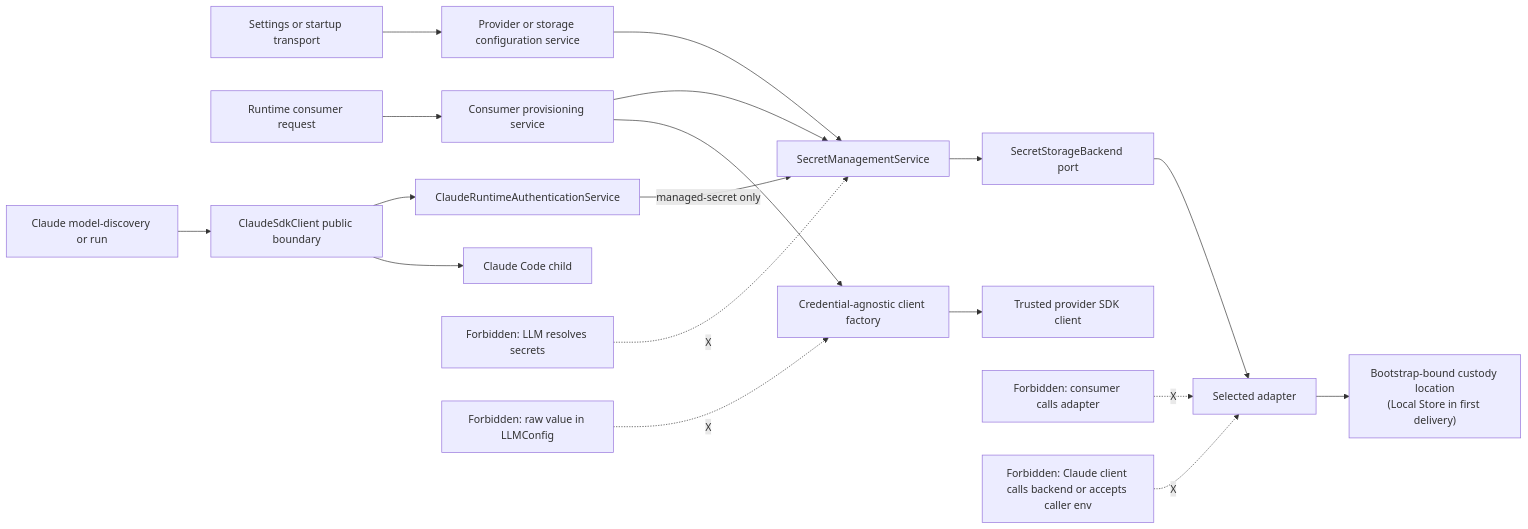
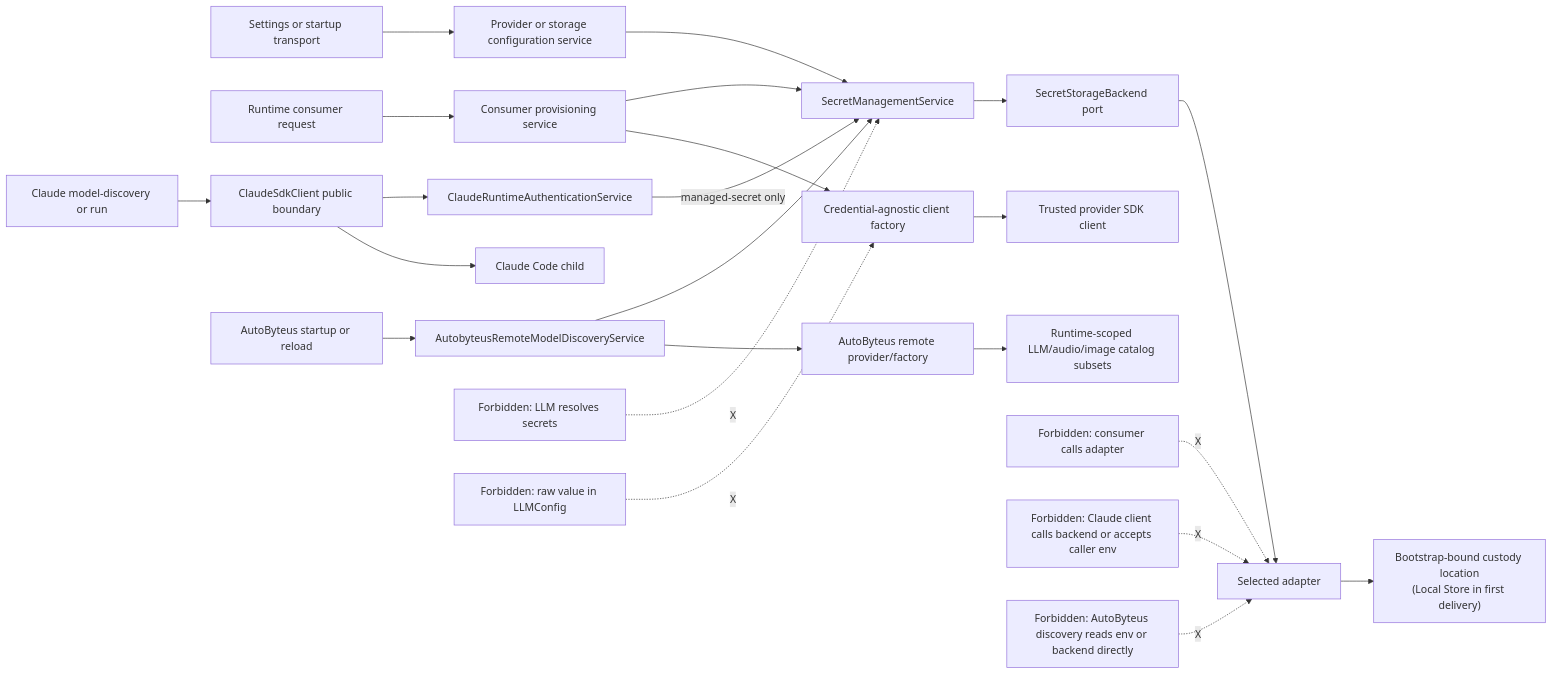
One commit to AutoByteus/autobyteus-workspace changed the second of 16 diagrams in tickets/in-progress/secure-centralized-secret-provisioning/secret-storage-architecture.md. Above: the diagram before and after it, drawn with Mermaid. The commit also changed other lines of this file and 84 other files, not shown here.

Commit message:
fix: restore managed AutoByteus gateway discovery

````diff
--- a/tickets/in-progress/secure-centralized-secret-provisioning/secret-storage-architecture.md
+++ b/tickets/in-progress/secure-centralized-secret-provisioning/secret-storage-architecture.md
@@ -92,22 +103,27 @@
 ```mermaid
 flowchart LR
   Transport["Settings or startup transport"] --> Subject["Provider or storage configuration service"]
   Runtime["Runtime consumer request"] --> Provisioning["Consumer provisioning service"]
   ClaudeRequest["Claude model-discovery or run"] --> ClaudeClient["ClaudeSdkClient public boundary"]
+  RemoteTrigger["AutoByteus startup or reload"] --> RemoteDiscovery["AutobyteusRemoteModelDiscoveryService"]
   ClaudeClient --> ClaudeAuth["ClaudeRuntimeAuthenticationService"]
   Subject --> Management["SecretManagementService"]
   Provisioning --> Management
+  RemoteDiscovery --> Management
   ClaudeAuth -->|"managed-secret only"| Management
   Management --> Port["SecretStorageBackend port"]
   Port --> Adapter["Selected adapter"]
   Adapter --> Store["Bootstrap-bound custody location\n(Local Store in first delivery)"]
 
   Provisioning --> Factory["Credential-agnostic client factory"]
   Factory --> SDK["Trusted provider SDK client"]
+  RemoteDiscovery --> RemoteFactory["AutoByteus remote provider/factory"]
+  RemoteFactory --> Registries["Runtime-scoped LLM/audio/image catalog subsets"]
   ClaudeClient --> ClaudeChild["Claude Code child"]
 
   Bad1["Forbidden: consumer calls adapter"] -. "X" .-> Adapter
   Bad2["Forbidden: LLM resolves secrets"] -. "X" .-> Management
   Bad3["Forbidden: raw value in LLMConfig"] -. "X" .-> Factory
   Bad4["Forbidden: Claude client calls backend or accepts caller env"] -. "X" .-> Adapter
+  Bad5["Forbidden: AutoByteus discovery reads env or backend directly"] -. "X" .-> Adapter
 ```
````
